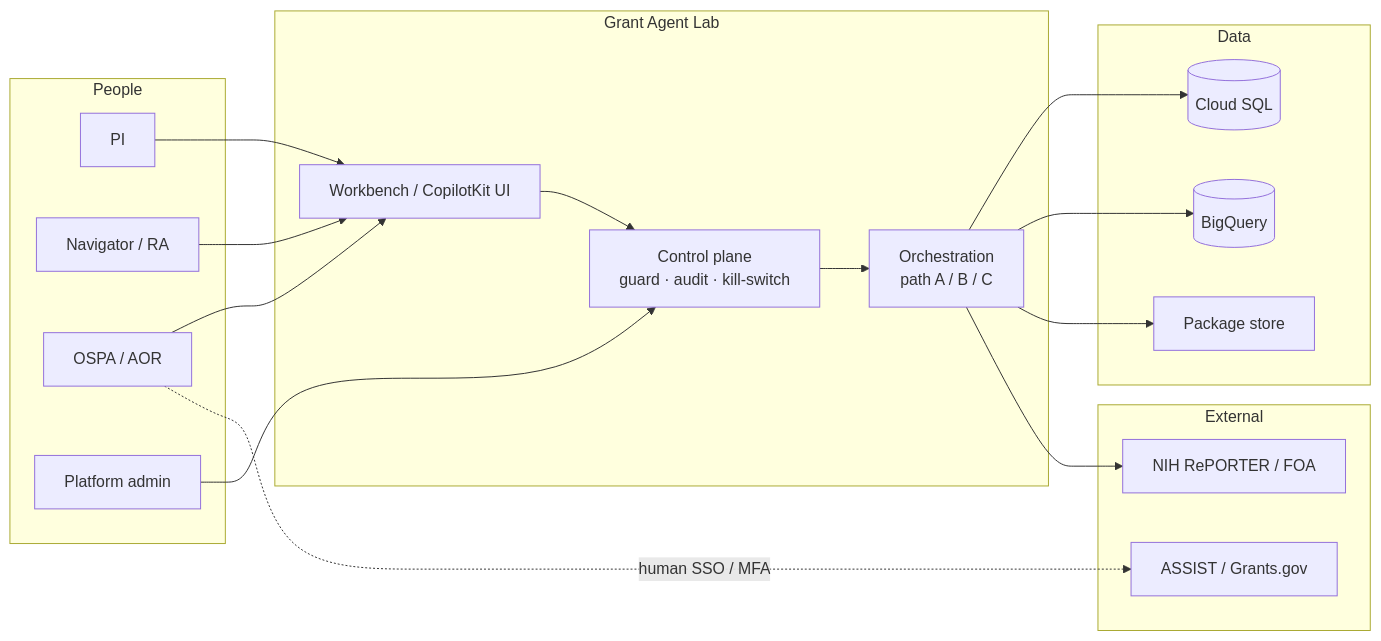
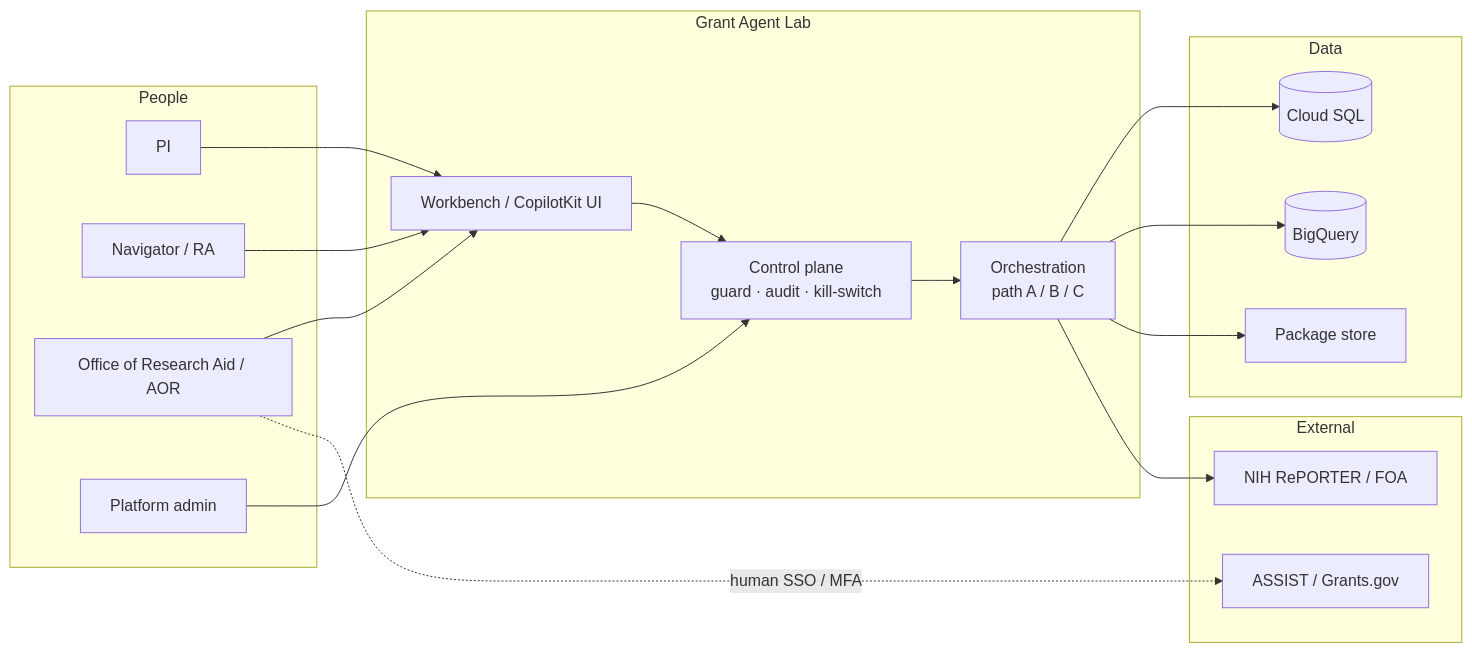
One commit to YPCC/grant-agent-lab changed the first of 5 diagrams in docs/architecture.md. Above: the diagram before and after it, drawn with Mermaid. The commit also changed other lines of this file and 25 other files, not shown here.

First line of the commit message:
Replace OSPA naming with Office of Research Aid

````diff
--- a/docs/architecture.md
+++ b/docs/architecture.md
@@ -9,38 +9,38 @@
 ```mermaid
 flowchart LR
   subgraph People
     PI[PI]
     RA[Navigator / RA]
-    OSPA[OSPA / AOR]
+    ORA["Office of Research Aid / AOR"]
     ADM[Platform admin]
   end
 
   subgraph Lab["Grant Agent Lab"]
     UI[Workbench / CopilotKit UI]
     CP[Control plane<br/>guard · audit · kill-switch]
     ORCH[Orchestration<br/>path A / B / C]
   end
 
   subgraph Data
     SQL[(Cloud SQL)]
     BQ[(BigQuery)]
     GCS[Package store]
   end
 
   subgraph External
     NIH[NIH RePORTER / FOA]
     ASSIST[ASSIST / Grants.gov]
   end
 
   PI --> UI
   RA --> UI
-  OSPA --> UI
+  ORA --> UI
   ADM --> CP
   UI --> CP
   CP --> ORCH
   ORCH --> SQL
   ORCH --> BQ
   ORCH --> GCS
   ORCH --> NIH
-  OSPA -.->|human SSO / MFA| ASSIST
+  ORA -.->|human SSO / MFA| ASSIST
 ```
````
